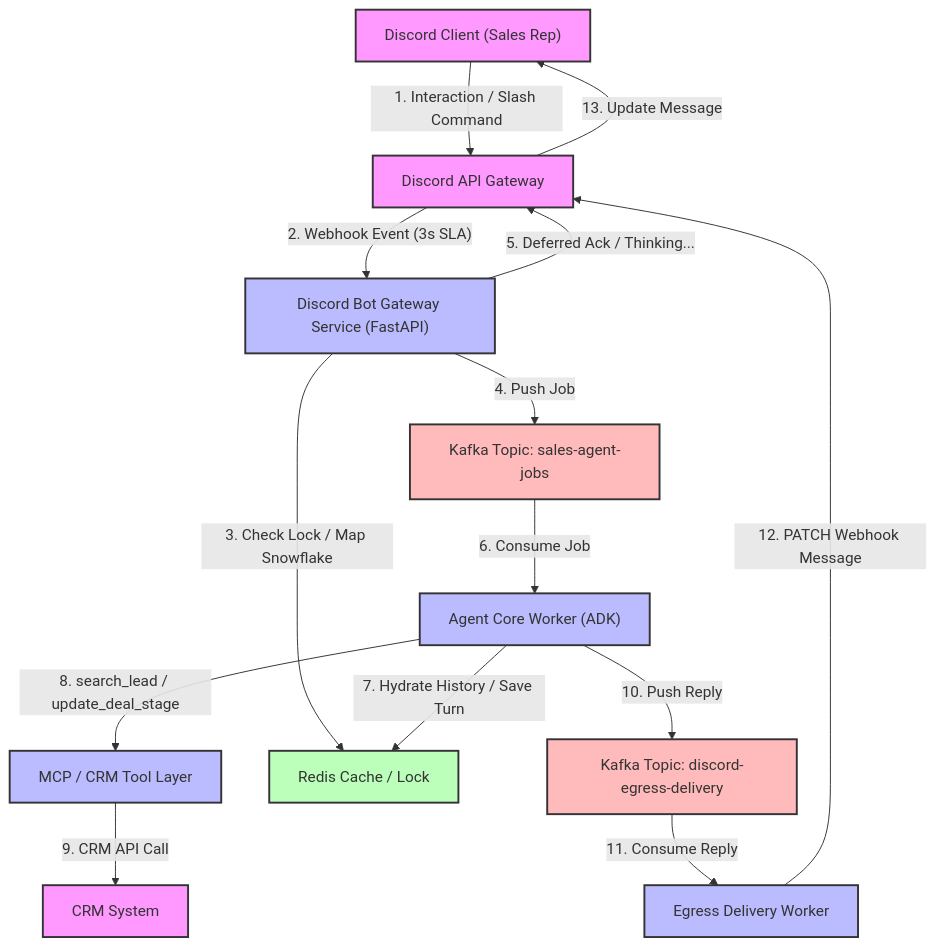
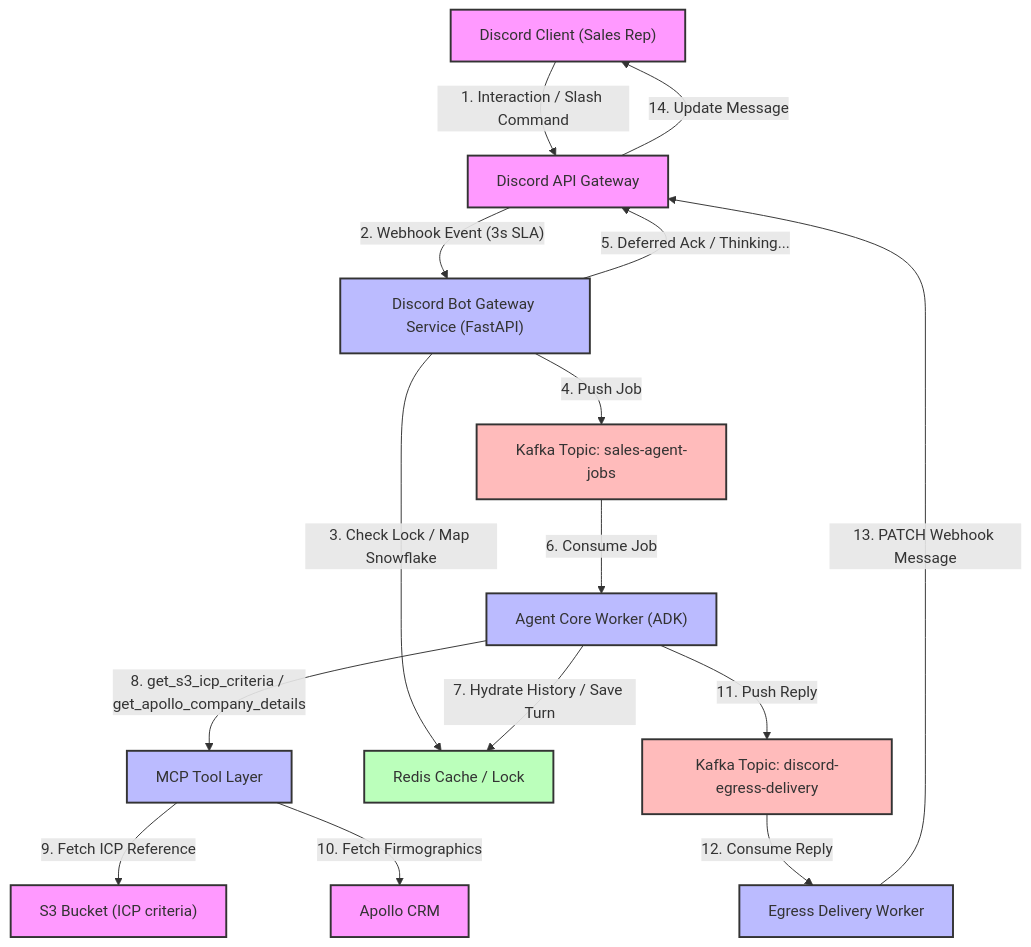
One commit to SangeethaKumari/billsnap changed the first of 2 diagrams in workflow.md. Above: the diagram before and after it, drawn with Mermaid. The commit also changed other lines of this file and 2 other files, not shown here.

Commit message:
feat: shift sales bot to ICP matcher using S3 and Apollo CRM

````diff
--- a/workflow.md
+++ b/workflow.md
@@ -16,36 +16,38 @@
 ```mermaid
 graph TD
     classDef external fill:#f9f,stroke:#333,stroke-width:2px;
     classDef service fill:#bbf,stroke:#333,stroke-width:2px;
     classDef storage fill:#bfb,stroke:#333,stroke-width:2px;
     classDef queue fill:#fbb,stroke:#333,stroke-width:2px;
 
     User["Discord Client (Sales Rep)"]:::external
     Discord["Discord API Gateway"]:::external
-    CRM["CRM System"]:::external
+    S3["S3 Bucket (ICP criteria)"]:::external
+    Apollo["Apollo CRM"]:::external
 
     Gateway["Discord Bot Gateway Service (FastAPI)"]:::service
     Core["Agent Core Worker (ADK)"]:::service
     Egress["Egress Delivery Worker"]:::service
-    MCP["MCP / CRM Tool Layer"]:::service
+    MCP["MCP Tool Layer"]:::service
 
     Redis["Redis Cache / Lock"]:::storage
     KafkaJobs["Kafka Topic: sales-agent-jobs"]:::queue
     KafkaEgress["Kafka Topic: discord-egress-delivery"]:::queue
 
     User -->|"1. Interaction / Slash Command"| Discord
     Discord -->|"2. Webhook Event (3s SLA)"| Gateway
     Gateway -->|"3. Check Lock / Map Snowflake"| Redis
     Gateway -->|"4. Push Job"| KafkaJobs
     Gateway -->|"5. Deferred Ack / Thinking..."| Discord
     
     KafkaJobs -->|"6. Consume Job"| Core
     Core -->|"7. Hydrate History / Save Turn"| Redis
-    Core -->|"8. search_lead / update_deal_stage"| MCP
-    MCP -->|"9. CRM API Call"| CRM
-    Core -->|"10. Push Reply"| KafkaEgress
+    Core -->|"8. get_s3_icp_criteria / get_apollo_company_details"| MCP
+    MCP -->|"9. Fetch ICP Reference"| S3
+    MCP -->|"10. Fetch Firmographics"| Apollo
+    Core -->|"11. Push Reply"| KafkaEgress
     
-    KafkaEgress -->|"11. Consume Reply"| Egress
-    Egress -->|"12. PATCH Webhook Message"| Discord
-    Discord -->|"13. Update Message"| User
+    KafkaEgress -->|"12. Consume Reply"| Egress
+    Egress -->|"13. PATCH Webhook Message"| Discord
+    Discord -->|"14. Update Message"| User
 ```
````
